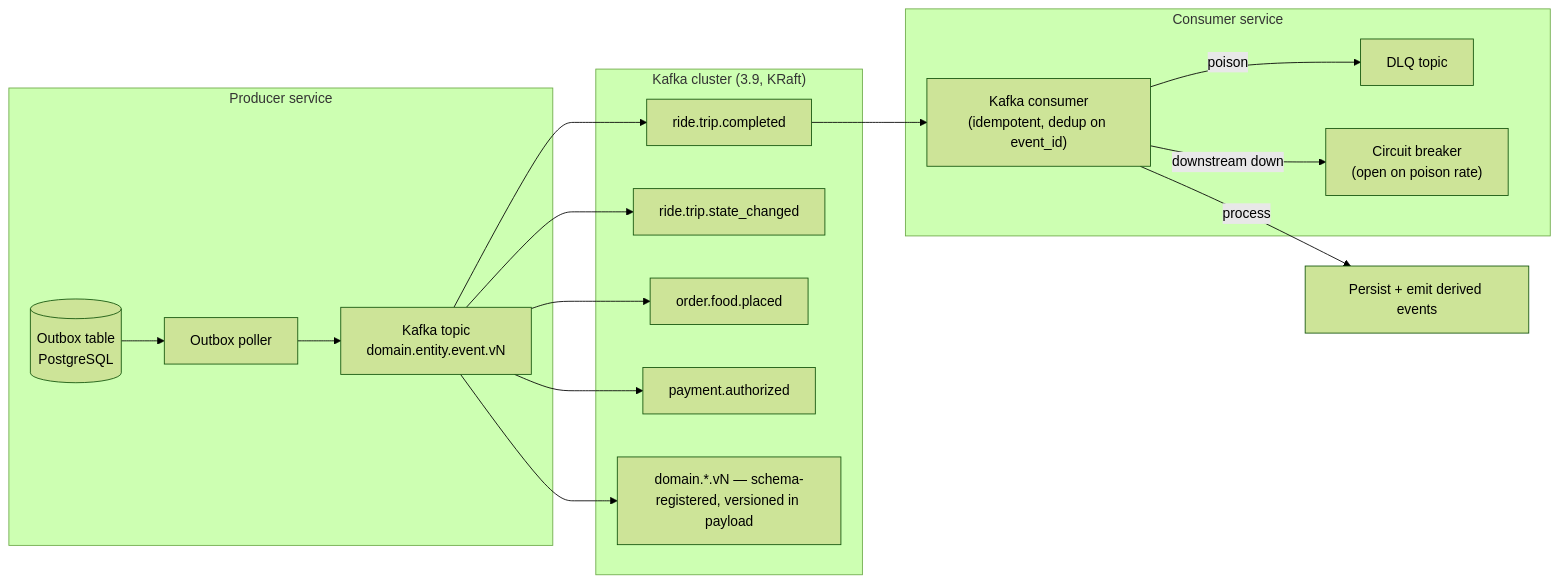
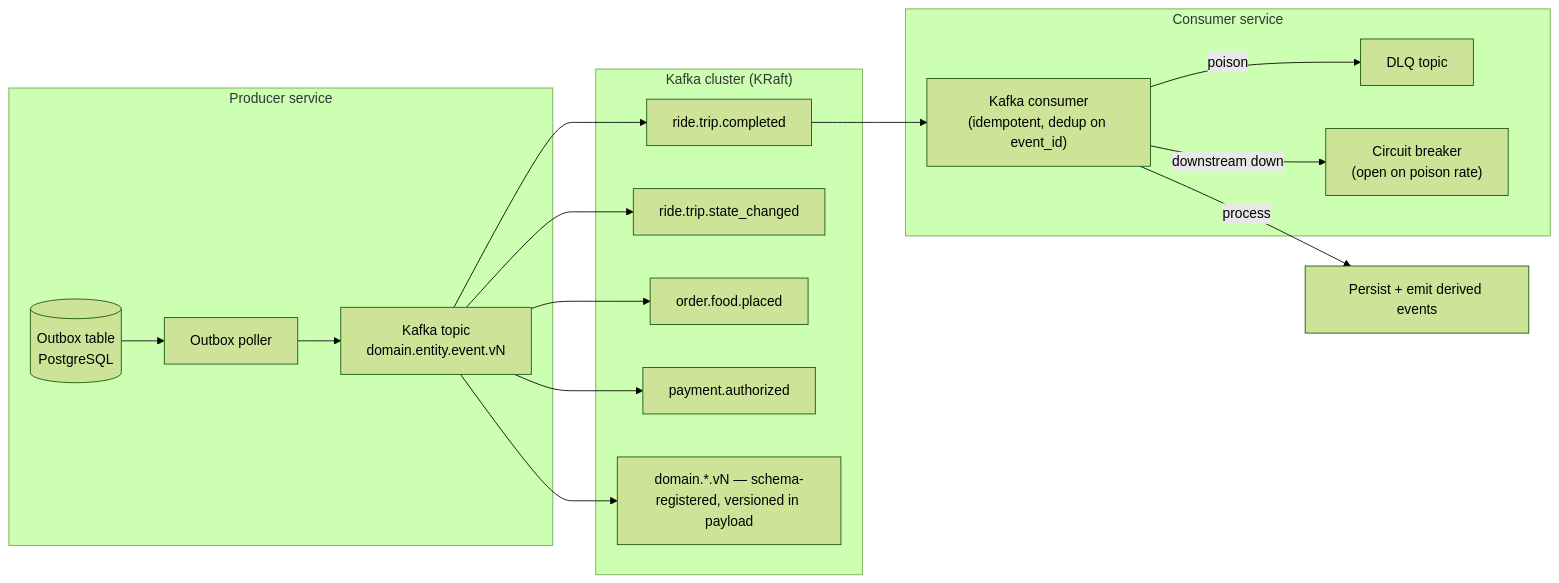
Before and after one commit to mohamedhabibwork/trips-enjoy-docs: the diagram in docs/architecture/EVENT_ARCHITECTURE.md, drawn with Mermaid (forest theme). The commit also changed other lines of this file and 245 other files, not shown here.

````diff
--- a/docs/architecture/EVENT_ARCHITECTURE.md
+++ b/docs/architecture/EVENT_ARCHITECTURE.md
@@ -8,27 +11,27 @@
 ```mermaid
 flowchart LR
   subgraph Producer["Producer service"]
     db[("Outbox table<br/>PostgreSQL")]
     outbox["Outbox poller"]
     topic["Kafka topic<br/>domain.entity.event.vN"]
   end
-  subgraph Broker["Kafka cluster (3.9, KRaft)"]
+  subgraph Broker["Kafka cluster (KRaft)"]
     t1["ride.trip.completed"]
     t2["ride.trip.state_changed"]
     t3["order.food.placed"]
     t4["payment.authorized"]
     t5["domain.*.vN — schema-registered, versioned in payload"]
   end
   subgraph Consumer["Consumer service"]
     cons["Kafka consumer<br/>(idempotent, dedup on event_id)"]
     dlq["DLQ topic"]
     cb["Circuit breaker<br/>(open on poison rate)"]
   end
 
   db --> outbox --> topic
   topic --> t1 & t2 & t3 & t4 & t5
   t1 --> cons
   cons -->|process| OK["Persist + emit derived events"]
   cons -->|poison| dlq
   cons -->|downstream down| cb
 ```
````
